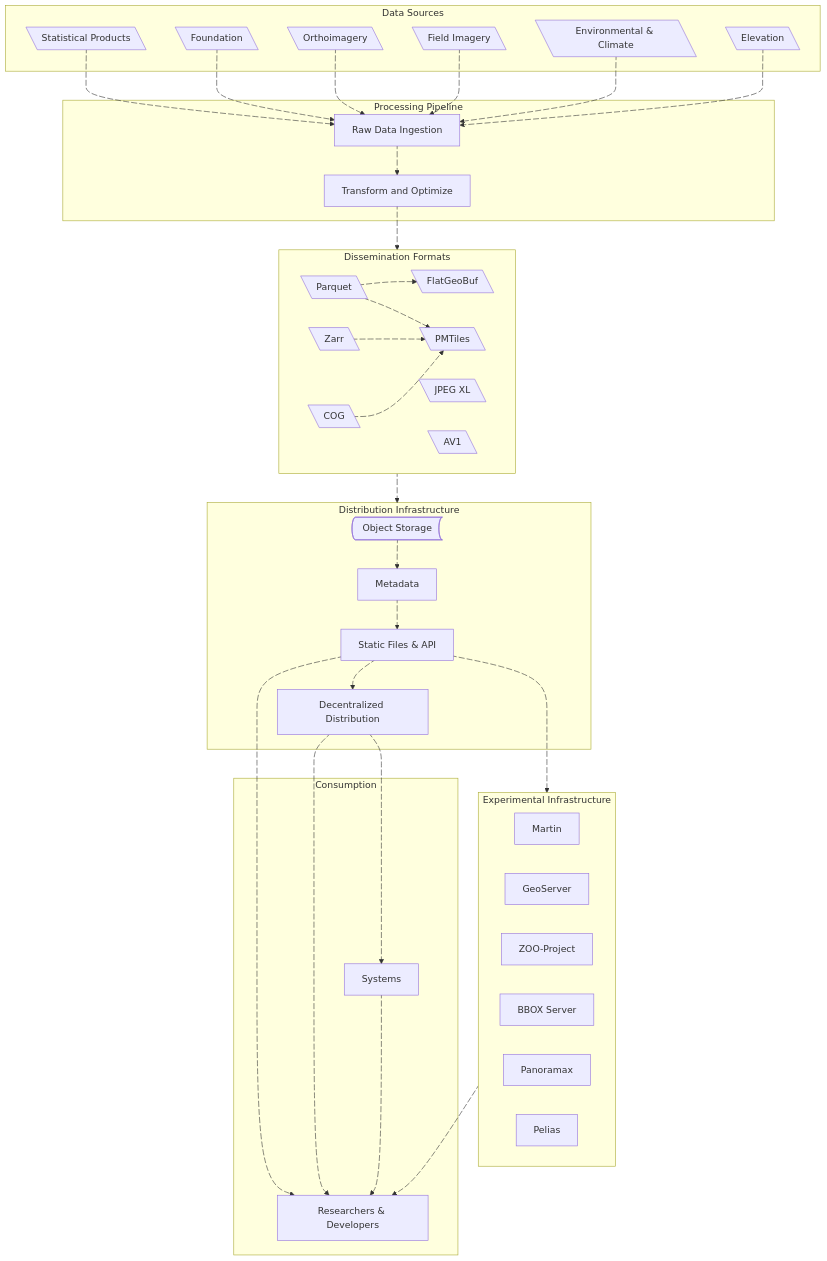
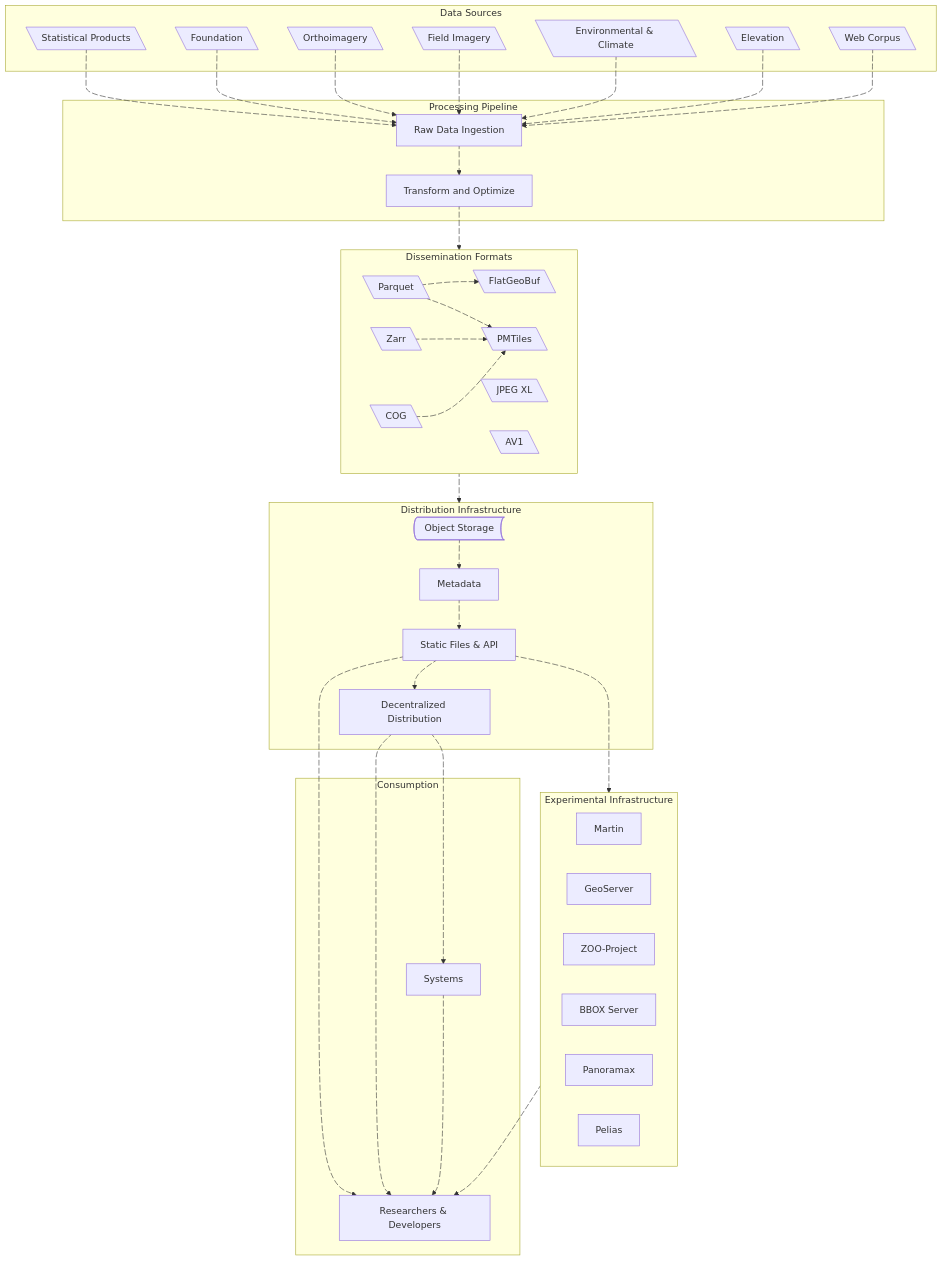
The diagram in content/_index.md (dataforcanada/www.dataforcanada.org), drawn with Mermaid before and after one commit.

Commit message:
Add Web Corpus data source

```diff
--- a/content/_index.md
+++ b/content/_index.md
@@ -27,8 +27,9 @@
         Foundation@{ shape: lean-l, label: "Foundation"}
         Orthoimagery@{ shape: lean-l}
         FieldImagery@{ shape: lean-l, label: "Field Imagery"}
+        EnvironmentClimate@{ shape: lean-l, label: "Environmental & Climate"}
         Elevation@{ shape: lean-l}
-        EnvironmentClimate@{ shape: lean-l, label: "Environmental & Climate"}
+        WebCorpus@{ shape: lean-l, label: "Web Corpus"}
     end
 
     subgraph pp [Processing Pipeline]
@@ -80,38 +81,40 @@
     a5@{animate: true, animation: fast}
     Elevation a6@--> Raw
     a6@{animate: true, animation: slow}
-    Raw a7@--> Transform
-    a7@{animate: true, animation: slow}
-    Transform a8@--> df
+    WebCorpus a7@--> Raw
+    a7@{animate: true, animation: fast}
+    Raw a8@--> Transform
     a8@{animate: true, animation: slow}
-    Parquet a9@--> FlatGeoBuf
+    Transform a9@--> df
     a9@{animate: true, animation: slow}
-    Parquet a10@--> PMTiles
+    Parquet a10@--> FlatGeoBuf
     a10@{animate: true, animation: slow}
-    Zarr a11@ --> PMTiles
+    Parquet a11@--> PMTiles
     a11@{animate: true, animation: slow}
-    df a12@ --> di
+    Zarr a12@ --> PMTiles
     a12@{animate: true, animation: slow}
-    COG a13@--> PMTiles
+    df a13@ --> di
     a13@{animate: true, animation: slow}
-    ObjectStorage a14@--> Metadata
+    COG a14@--> PMTiles
     a14@{animate: true, animation: slow}
-    Metadata a15@--> HTTP
+    ObjectStorage a15@--> Metadata
     a15@{animate: true, animation: slow}
-    HTTP a16@--> ei
+    Metadata a16@--> HTTP
     a16@{animate: true, animation: slow}
-    HTTP a17@--> DecentralizedDistribution
+    HTTP a17@--> ei
     a17@{animate: true, animation: slow}
-    HTTP a18@--> DataSci
+    HTTP a18@--> DecentralizedDistribution
     a18@{animate: true, animation: slow}
-    DecentralizedDistribution a19@--> Systems
-    a19@{animate: true, animation: fast}
-    DecentralizedDistribution a20@--> DataSci
+    HTTP a19@--> DataSci
+    a19@{animate: true, animation: slow}
+    DecentralizedDistribution a20@--> Systems
     a20@{animate: true, animation: fast}
-    Systems a21@ --> DataSci
+    DecentralizedDistribution a21@--> DataSci
     a21@{animate: true, animation: fast}
-    ei a22@ --> DataSci
-    a22@{animate: true, animation: slow}
+    Systems a22@ --> DataSci
+    a22@{animate: true, animation: fast}
+    ei a23@ --> DataSci
+    a23@{animate: true, animation: slow}
 
     %% URLs
     click Foundation "/docs/processes/foundation/" _blank
```
